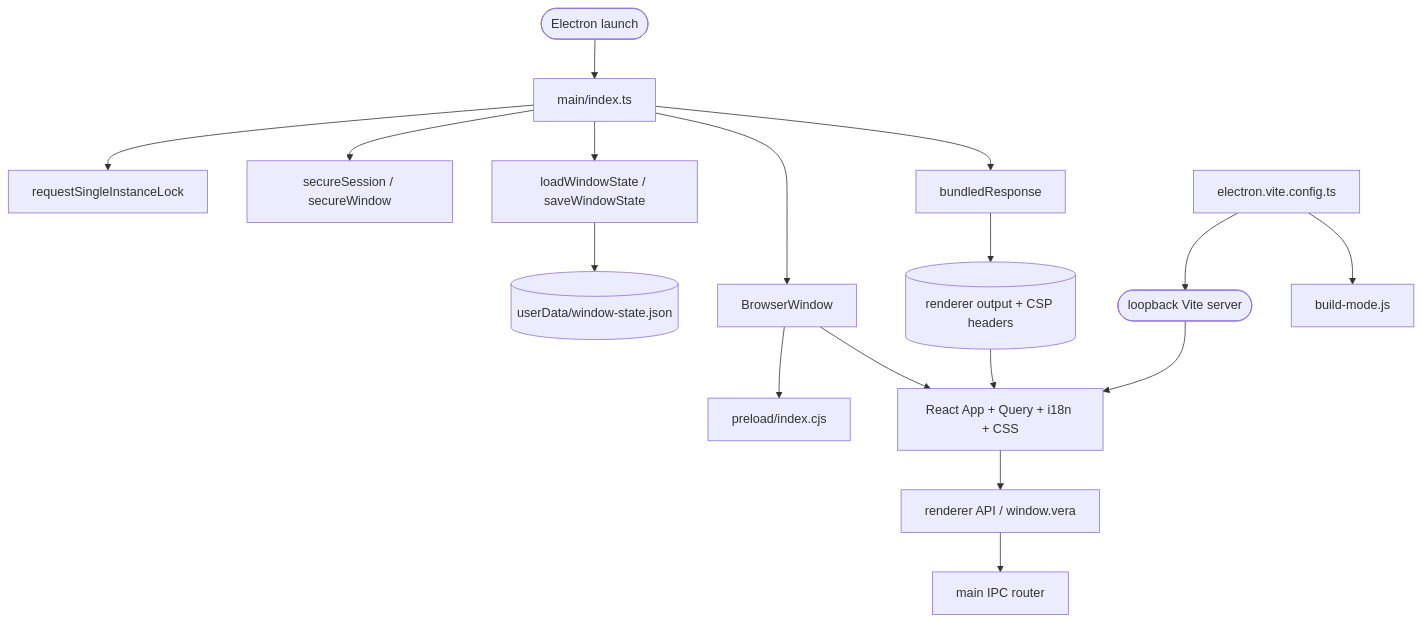
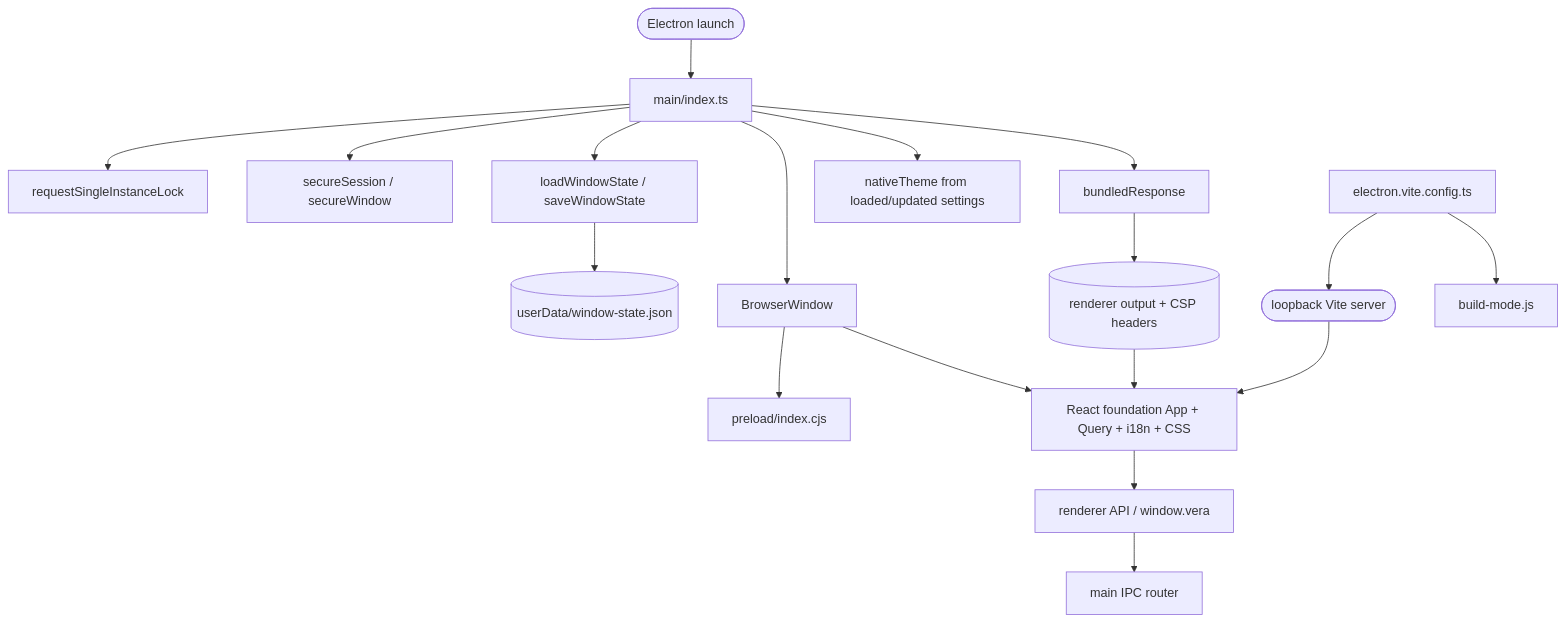
Before and after one commit to DDP-Engineering/2026_Virtual_Embedded_Rig_Assistant: the diagram in .agentic/knowledge/desktop-shell.md, drawn with Mermaid. The commit also changed other lines of this file and 41 other files, not shown here.

````diff
--- a/.agentic/knowledge/desktop-shell.md
+++ b/.agentic/knowledge/desktop-shell.md
@@ -65,19 +67,20 @@
 ```mermaid
 flowchart TD
   launch([Electron launch]) --> main[main/index.ts]
   main --> lock[requestSingleInstanceLock]
   main --> security[secureSession / secureWindow]
   main --> state[loadWindowState / saveWindowState]
   state --> file[(userData/window-state.json)]
   main --> window[BrowserWindow]
   window --> preload[preload/index.cjs]
   main --> protocol[bundledResponse]
   protocol --> assets[(renderer output + CSP headers)]
-  window --> renderer[React App + Query + i18n + CSS]
+  window --> renderer[React foundation App + Query + i18n + CSS]
+  main --> nativeTheme[nativeTheme from loaded/updated settings]
   renderer --> api[renderer API / window.vera]
   api --> router[main IPC router]
   assets --> renderer
   dev([loopback Vite server]) --> renderer
   config[electron.vite.config.ts] --> dev
   config --> mode[build-mode.js]
 ```
````
